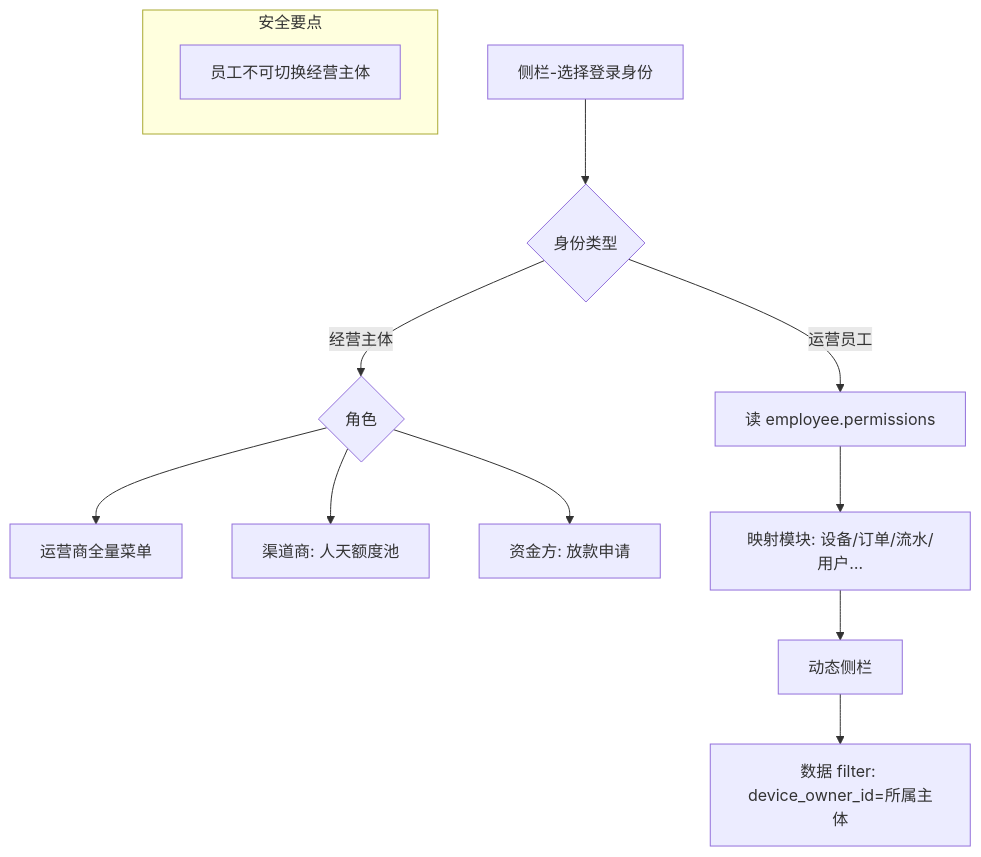
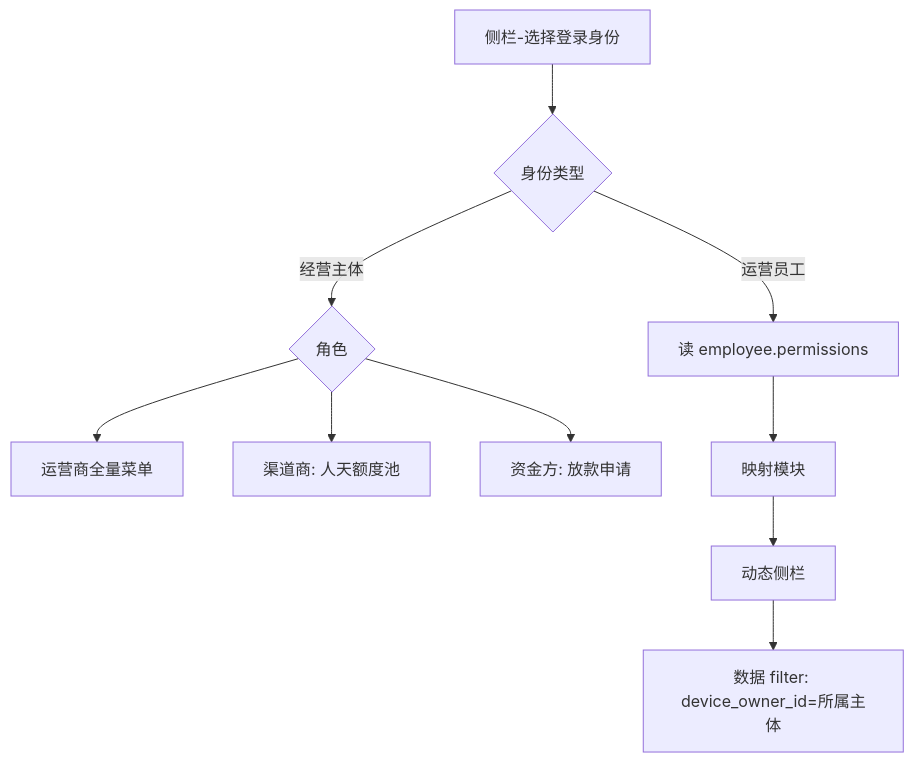
Before and after one commit to liudali/rider-swap-operator-prototype: the tenth of 16 diagrams in prototype/docs/md/功能结构与业务流程.md, drawn with Mermaid. The commit also changed other lines of this file and 102 other files, not shown here.

````diff
--- a/prototype/docs/md/功能结构与业务流程.md
+++ b/prototype/docs/md/功能结构与业务流程.md
@@ -374,18 +352,12 @@
 ```mermaid
 flowchart TD
   Start[侧栏-选择登录身份] --> Type{身份类型}
-
   Type -->|经营主体| Role{角色}
   Role --> OP[运营商全量菜单]
   Role --> CH[渠道商: 人天额度池]
   Role --> LE[资金方: 放款申请]
-
   Type -->|运营员工| Emp[读 employee.permissions]
-  Emp --> Map[映射模块: 设备/订单/流水/用户…]
+  Emp --> Map[映射模块]
   Map --> Nav1[动态侧栏]
   Nav1 --> Scope1[数据 filter: device_owner_id=所属主体]
-
-  subgraph audit [安全要点]
-    A1[员工不可切换经营主体]
-  end
 ```
````
